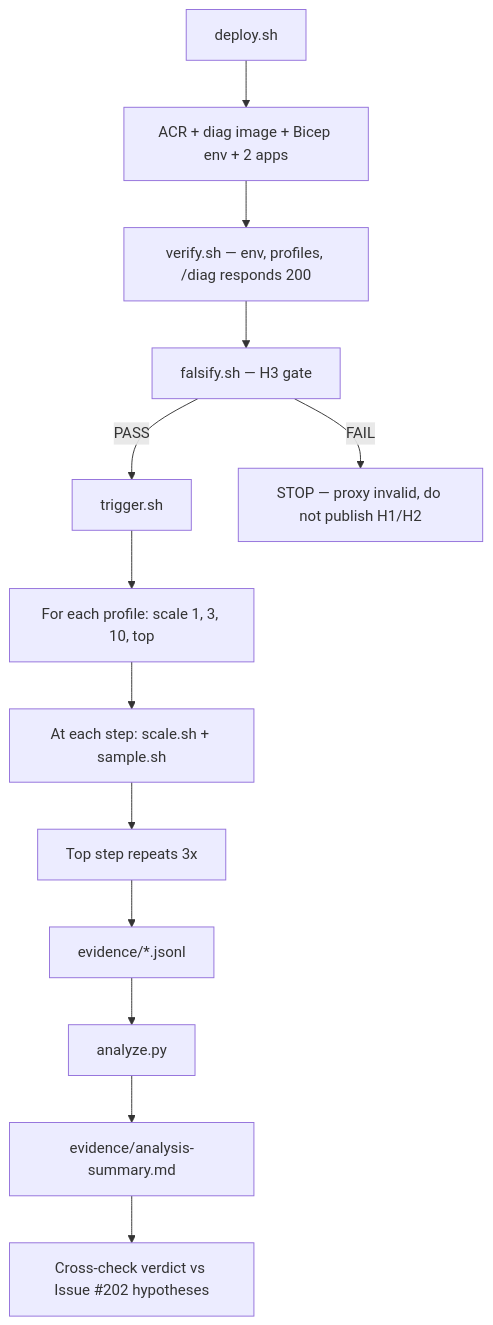
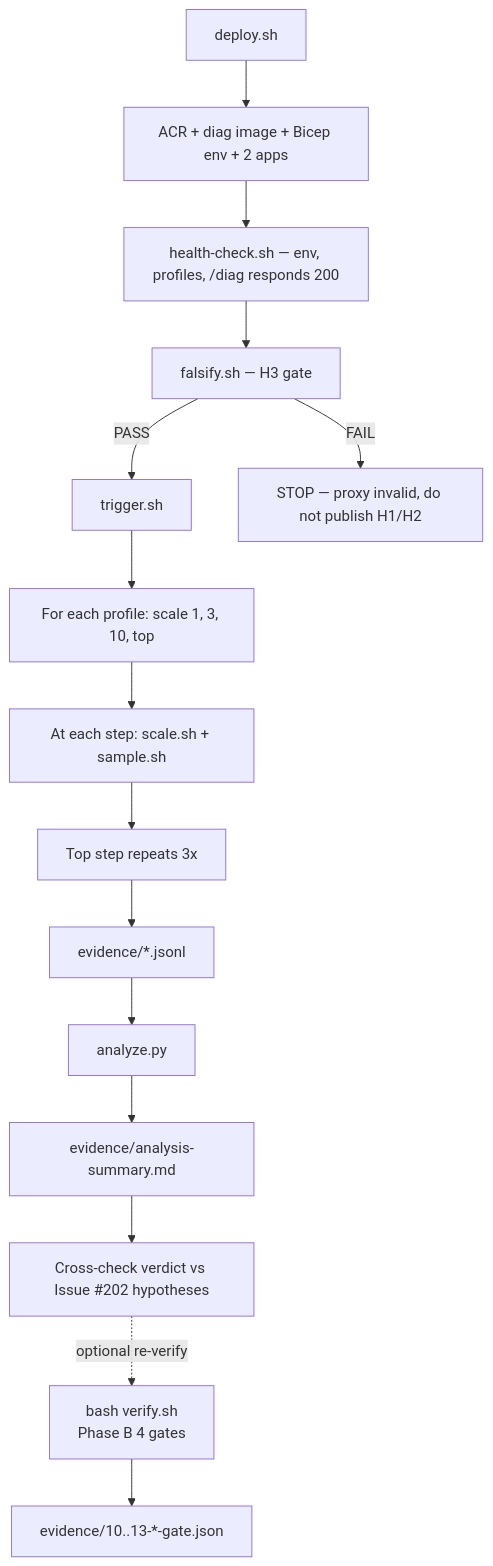
One commit to yeongseon/azure-container-apps-practical-guide changed the diagram in labs/replica-node-spread/README.md. Above: the diagram before and after it, drawn with Mermaid. The commit also changed other lines of this file and 10 other files, not shown here.

First line of the commit message:
docs: add Phase B evidence pack for replica-node-spread lab (#278)

````diff
--- a/labs/replica-node-spread/README.md
+++ b/labs/replica-node-spread/README.md
@@ -75,15 +94,17 @@
 ```mermaid
 flowchart TD
     A[deploy.sh] --> B[ACR + diag image + Bicep env + 2 apps]
-    B --> C[verify.sh — env, profiles, /diag responds 200]
+    B --> C[health-check.sh — env, profiles, /diag responds 200]
     C --> D[falsify.sh — H3 gate]
     D -->|PASS| E[trigger.sh]
     D -->|FAIL| Z[STOP — proxy invalid, do not publish H1/H2]
     E --> F[For each profile: scale 1, 3, 10, top]
     F --> G[At each step: scale.sh + sample.sh]
     G --> H[Top step repeats 3x]
     H --> I[evidence/*.jsonl]
     I --> J[analyze.py]
     J --> K[evidence/analysis-summary.md]
     K --> L[Cross-check verdict vs Issue #202 hypotheses]
+    L -.optional re-verify.-> V[bash verify.sh<br/>Phase B 4 gates]
+    V --> W[evidence/10..13-*-gate.json]
 ```
````
